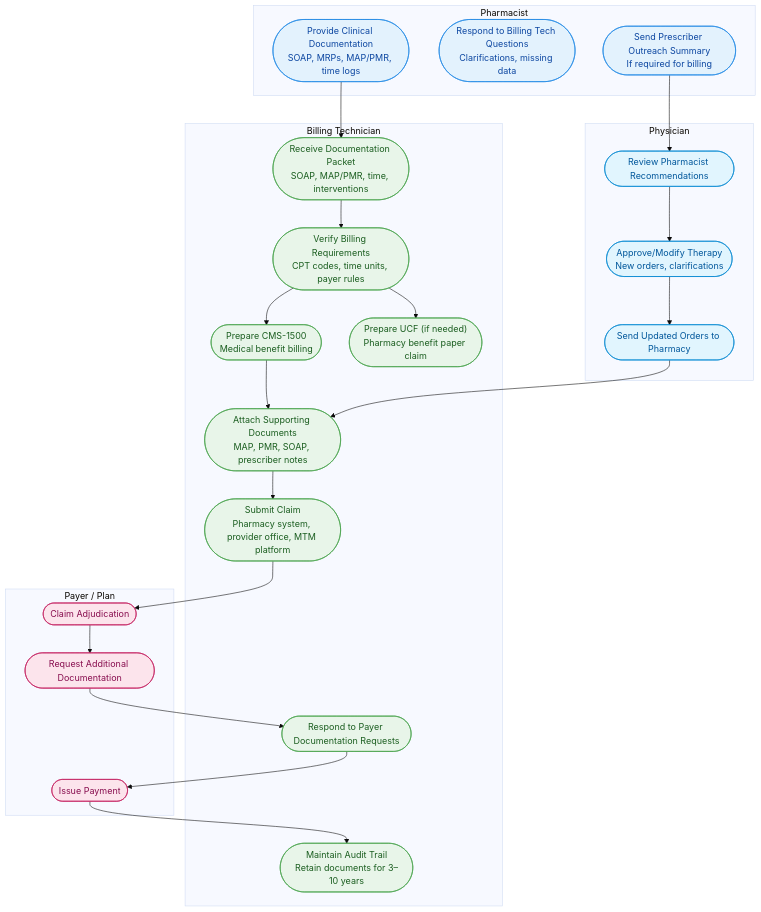
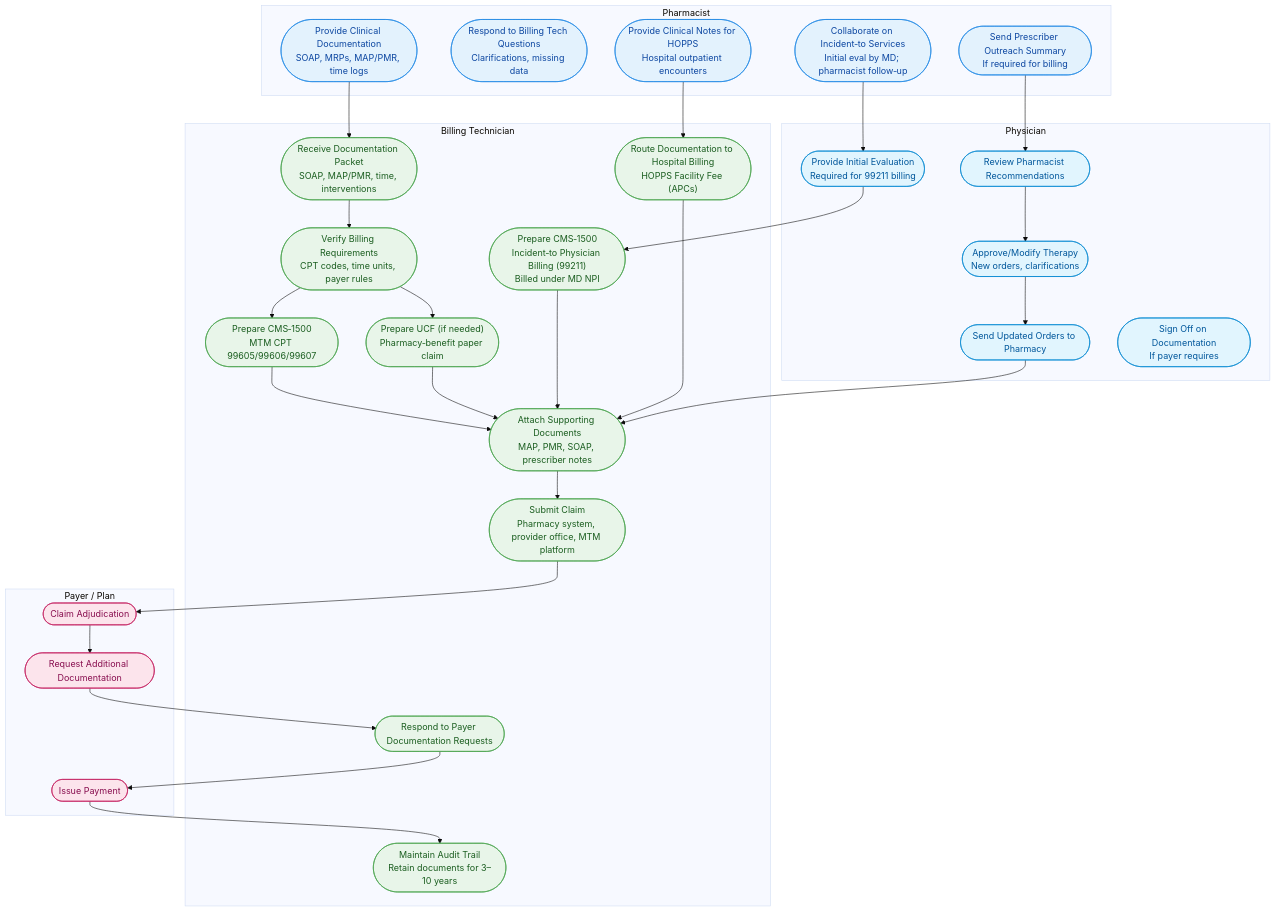
The third of 3 diagrams in sop/rx_mtm.md (ctnava/rxtechnotes), drawn with Mermaid (base theme) before and after one commit.

Commit message:
incorporate alternative billing models

````diff
--- a/sop/rx_mtm.md
+++ b/sop/rx_mtm.md
@@ -508,46 +508,73 @@
 ```mermaid
 flowchart TD
+
     %% STYLE DEFINITIONS
     classDef pharm fill:#E3F2FD,stroke:#1E88E5,stroke-width:1px,color:#0D47A1;
     classDef billtech fill:#E8F5E9,stroke:#43A047,stroke-width:1px,color:#1B5E20;
     classDef physician fill:#E1F5FE,stroke:#0288D1,stroke-width:1px,color:#01579B;
     classDef payer fill:#FCE4EC,stroke:#C2185B,stroke-width:1px,color:#880E4F;
 
     %% SWIMLANES
     subgraph PHARMACIST["Pharmacist"]
         P1(["Provide Clinical Documentation<br/>SOAP, MRPs, MAP/PMR, time logs"]):::pharm
         P2(["Respond to Billing Tech Questions<br/>Clarifications, missing data"]):::pharm
         P3(["Send Prescriber Outreach Summary<br/>If required for billing"]):::pharm
+        P4(["Collaborate on Incident‑to Services<br/>Initial eval by MD; pharmacist follow‑up"]):::pharm
+        P5(["Provide Clinical Notes for HOPPS<br/>Hospital outpatient encounters"]):::pharm
     end
 
     subgraph BILLTECH["Billing Technician"]
         B1(["Receive Documentation Packet<br/>SOAP, MAP/PMR, time, interventions"]):::billtech
         B2(["Verify Billing Requirements<br/>CPT codes, time units, payer rules"]):::billtech
-        B3(["Prepare CMS-1500<br/>Medical benefit billing"]):::billtech
-        B4(["Prepare UCF (if needed)<br/>Pharmacy benefit paper claim"]):::billtech
-        B5(["Attach Supporting Documents<br/>MAP, PMR, SOAP, prescriber notes"]):::billtech
-        B6(["Submit Claim<br/>Pharmacy system, provider office, MTM platform"]):::billtech
-        B7(["Respond to Payer Documentation Requests"]):::billtech
-        B8(["Maintain Audit Trail<br/>Retain documents for 3–10 years"]):::billtech
+
+        %% MTM BILLING
+        B3(["Prepare CMS‑1500<br/>MTM CPT 99605/99606/99607"]):::billtech
+
+        %% UCF BILLING
+        B4(["Prepare UCF (if needed)<br/>Pharmacy‑benefit paper claim"]):::billtech
+
+        %% INCIDENT‑TO BILLING
+        B5(["Prepare CMS‑1500<br/>Incident‑to Physician Billing (99211)<br/>Billed under MD NPI"]):::billtech
+
+        %% HOPPS BILLING
+        B6(["Route Documentation to Hospital Billing<br/>HOPPS Facility Fee (APCs)"]):::billtech
+
+        B7(["Attach Supporting Documents<br/>MAP, PMR, SOAP, prescriber notes"]):::billtech
+        B8(["Submit Claim<br/>Pharmacy system, provider office, MTM platform"]):::billtech
+        B9(["Respond to Payer Documentation Requests"]):::billtech
+        B10(["Maintain Audit Trail<br/>Retain documents for 3–10 years"]):::billtech
     end
 
     subgraph PHYSICIAN["Physician"]
         MD1(["Review Pharmacist Recommendations"]):::physician
         MD2(["Approve/Modify Therapy<br/>New orders, clarifications"]):::physician
         MD3(["Send Updated Orders to Pharmacy"]):::physician
+        MD4(["Provide Initial Evaluation<br/>Required for 99211 billing"]):::physician
+        MD5(["Sign Off on Documentation<br/>If payer requires"]):::physician
     end
 
     subgraph PAYER["Payer / Plan"]
         PY1(["Claim Adjudication"]):::payer
         PY2(["Request Additional Documentation"]):::payer
         PY3(["Issue Payment"]):::payer
     end
 
     %% FLOW CONNECTIONS
-    P1 --> B1 --> B2 --> B3
-    B2 --> B4
-    B3 --> B5 --> B6 --> PY1 --> PY2 --> B7 --> PY3 --> B8
+    P1 --> B1 --> B2
+
+    %% MTM BILLING PATH
+    B2 --> B3 --> B7 --> B8 --> PY1 --> PY2 --> B9 --> PY3 --> B10
+
+    %% UCF PATH
+    B2 --> B4 --> B7
+
+    %% INCIDENT‑TO PATH
+    P4 --> MD4 --> B5 --> B7
+
+    %% HOPPS PATH
+    P5 --> B6 --> B7
 
     %% PRESCRIBER INTERACTION
-    P3 --> MD1 --> MD2 --> MD3 --> B5
+    P3 --> MD1 --> MD2 --> MD3 --> B7
+
 ```
````
